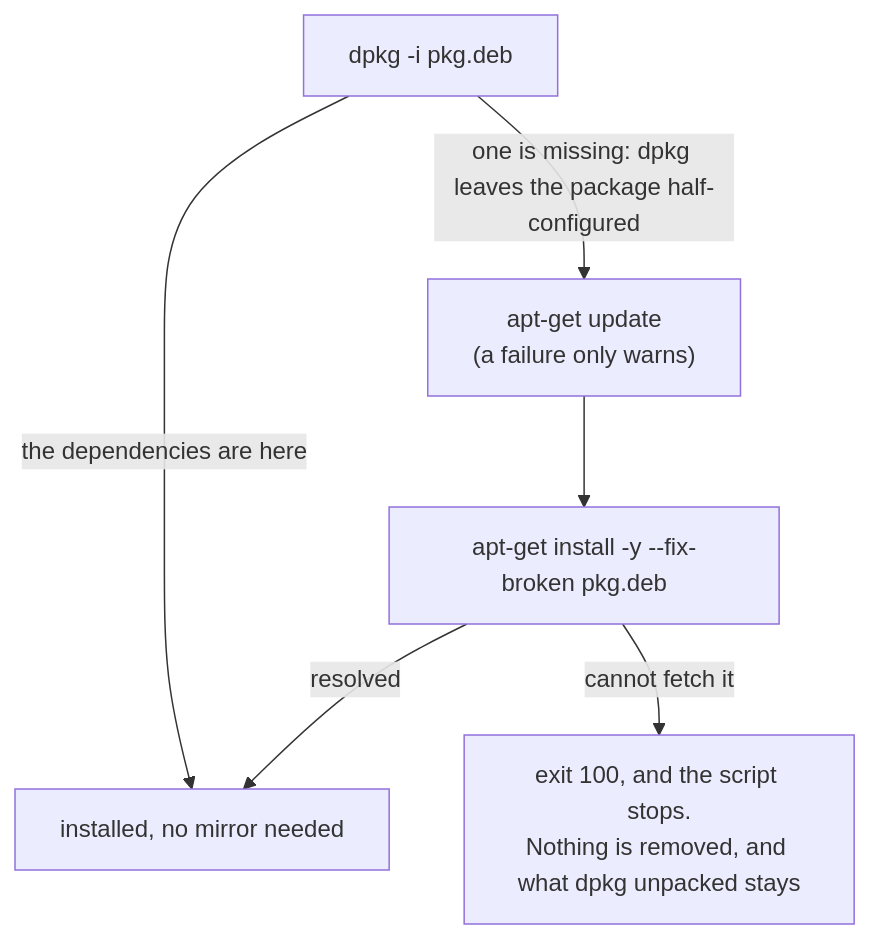
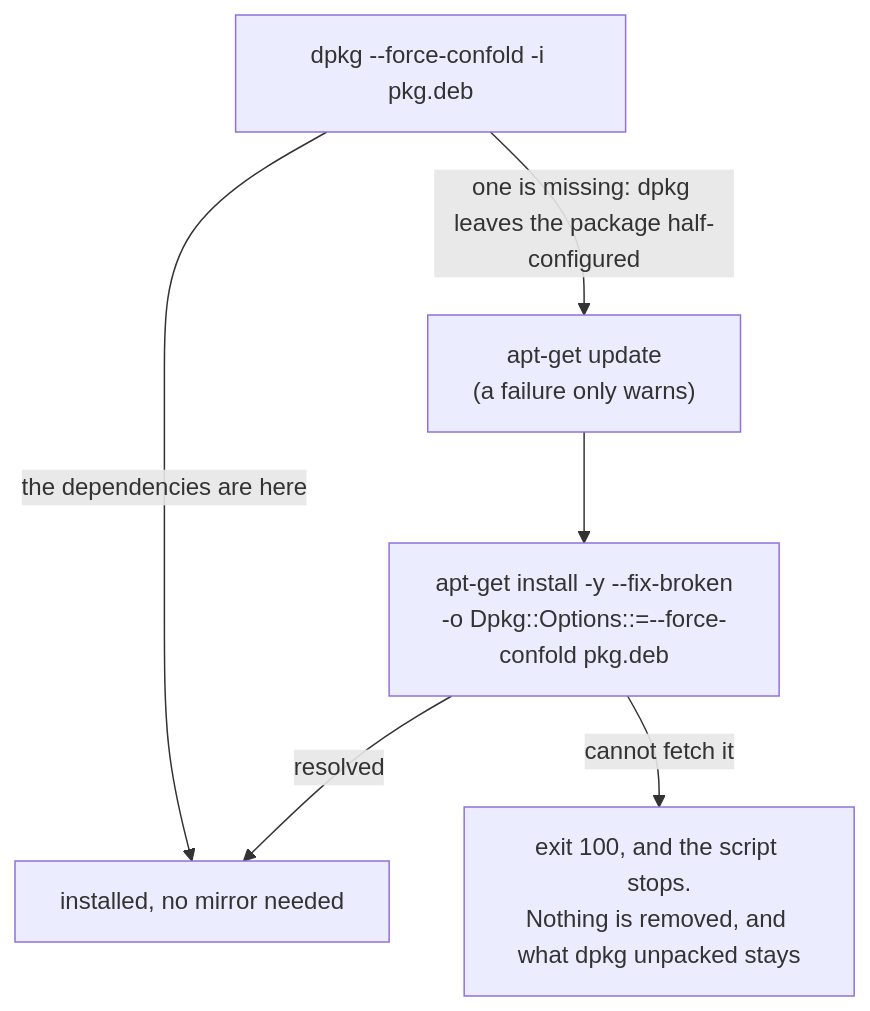
Diagram 15 of 24 in docs/installation.md (gjovanov/roomler-ai), drawn with Mermaid before and after one commit. The commit also changed other lines of this file and 11 other files, not shown here.

````diff
--- a/docs/installation.md
+++ b/docs/installation.md
@@ -1956,8 +1956,8 @@
 ```mermaid
 flowchart TD
-    A["dpkg -i pkg.deb"] -->|"the dependencies are here"| OK["installed, no mirror needed"]
+    A["dpkg --force-confold -i pkg.deb"] -->|"the dependencies are here"| OK["installed, no mirror needed"]
     A -->|"one is missing: dpkg leaves the package half-configured"| B["apt-get update<br/>(a failure only warns)"]
-    B --> C["apt-get install -y --fix-broken pkg.deb"]
+    B --> C["apt-get install -y --fix-broken<br/>-o Dpkg::Options::=--force-confold pkg.deb"]
     C -->|resolved| OK
     C -->|"cannot fetch it"| F["exit 100, and the script stops.<br/>Nothing is removed, and what dpkg unpacked stays"]
 ```
````
